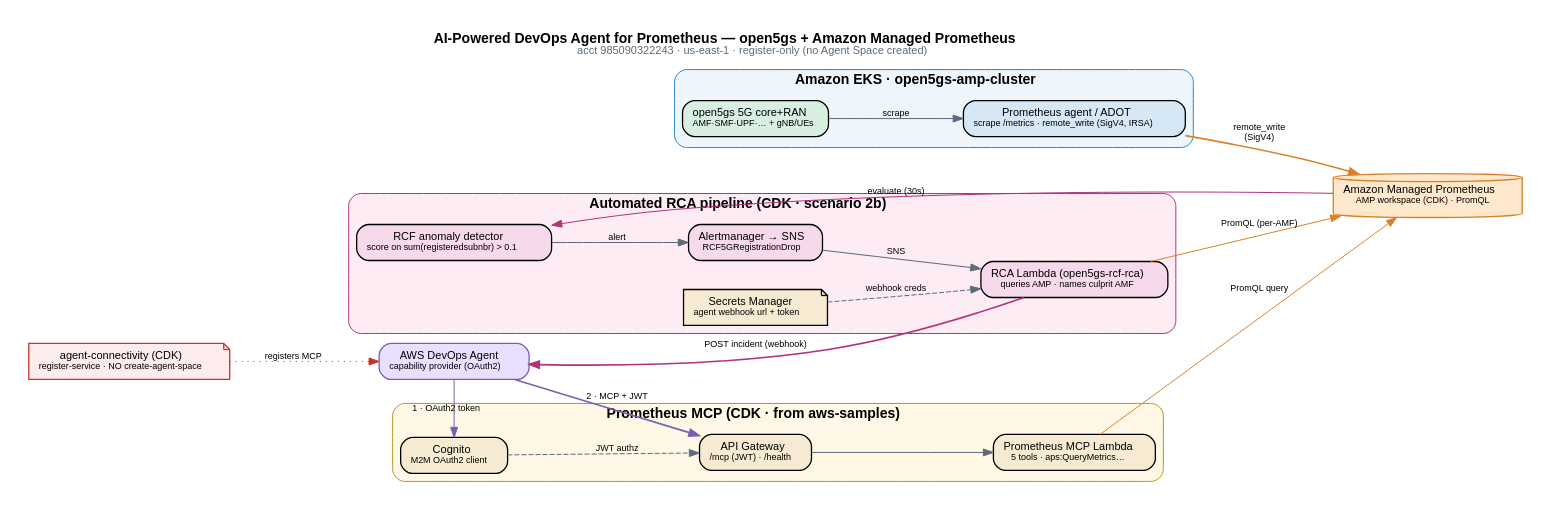
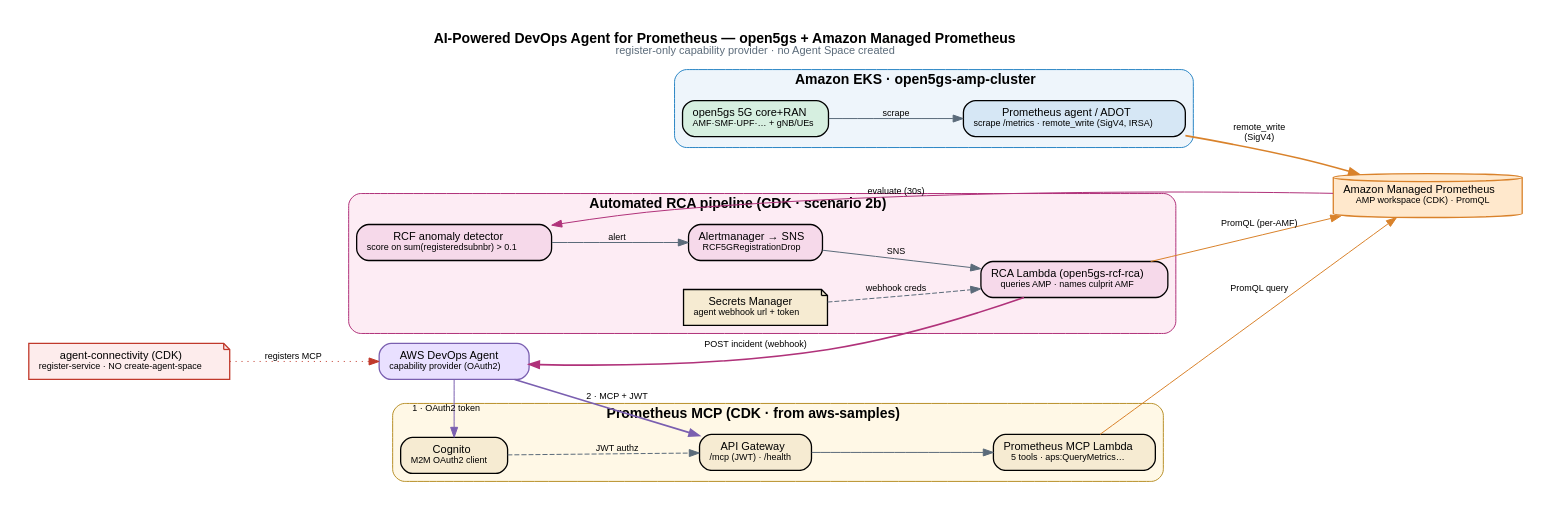
Before and after one commit to aws-solutions-library-samples/guidance-for-ai-powered-devops-agent-for-prometheus-anomaly-detection: the diagram in docs/diagrams/architecture.dot, drawn with Graphviz. The commit also changed 5 other files, not shown here.

First line of the commit message:
De-hardcode helm remote_write URL + diagram account ID

```diff
--- a/docs/diagrams/architecture.dot
+++ b/docs/diagrams/architecture.dot
@@ -1,45 +1,45 @@
 digraph amp {
   rankdir=LR; bgcolor="white"; pad=0.3; nodesep=0.4; ranksep=0.9;
-  graph [fontname="Helvetica", label=<<B>AI-Powered DevOps Agent for Prometheus — open5gs + Amazon Managed Prometheus</B><BR/><FONT POINT-SIZE="11" COLOR="#5b6b7a">acct 985090322243 · us-east-1 · register-only (no Agent Space created)</FONT>>, labelloc=t];
+  graph [fontname="Helvetica", label=<<B>AI-Powered DevOps Agent for Prometheus — open5gs + Amazon Managed Prometheus</B><BR/><FONT POINT-SIZE="11" COLOR="#5b6b7a">register-only capability provider · no Agent Space created</FONT>>, labelloc=t];
   node [fontname="Helvetica", fontsize=11, shape=box, style="rounded,filled", penwidth=1.3, margin="0.14,0.09"];
   edge [fontname="Helvetica", fontsize=9, color="#5b6b7a"];
 
   subgraph cluster_eks {
     label=<<B>Amazon EKS · open5gs-amp-cluster</B>>; style="rounded,filled"; fillcolor="#eef5fb"; color="#2b86c5";
     core [label=<open5gs 5G core+RAN<BR/><FONT POINT-SIZE="9">AMF·SMF·UPF·… + gNB/UEs</FONT>>, fillcolor="#d6efe0"];
     promagent [label=<Prometheus agent / ADOT<BR/><FONT POINT-SIZE="9">scrape /metrics · remote_write (SigV4, IRSA)</FONT>>, fillcolor="#d6e7f5"];
     core -> promagent [label="scrape"];
   }
 
   amp [label=<Amazon Managed Prometheus<BR/><FONT POINT-SIZE="9">AMP workspace (CDK) · PromQL</FONT>>, shape=cylinder, fillcolor="#ffe8cc", color="#d9822b"];
   promagent -> amp [label="remote_write\n(SigV4)", color="#d9822b", penwidth=1.6];
 
   subgraph cluster_mcp {
     label=<<B>Prometheus MCP (CDK · from aws-samples)</B>>; style="rounded,filled"; fillcolor="#fff8e6"; color="#b8902a";
     cog [label=<Cognito<BR/><FONT POINT-SIZE="9">M2M OAuth2 client</FONT>>, fillcolor="#f6ebd2"];
     apigw [label=<API Gateway<BR/><FONT POINT-SIZE="9">/mcp (JWT) · /health</FONT>>, fillcolor="#f6ebd2"];
     lam [label=<Prometheus MCP Lambda<BR/><FONT POINT-SIZE="9">5 tools · aps:QueryMetrics…</FONT>>, fillcolor="#f6ebd2"];
     apigw -> lam; cog -> apigw [style=dashed, label="JWT authz"];
   }
   lam -> amp [label="PromQL query", color="#d9822b"];
 
   agent [label=<AWS DevOps Agent<BR/><FONT POINT-SIZE="9">capability provider (OAuth2)</FONT>>, fillcolor="#e9e0ff", color="#7a5fb0"];
   agent -> cog [label="1 · OAuth2 token", color="#7a5fb0"];
   agent -> apigw [label="2 · MCP + JWT", color="#7a5fb0", penwidth=1.6];
 
   conncdk [label=<agent-connectivity (CDK)<BR/><FONT POINT-SIZE="9">register-service · NO create-agent-space</FONT>>, shape=note, fillcolor="#fdecec", color="#c0392b"];
   conncdk -> agent [style=dotted, label="registers MCP", color="#c0392b"];
 
   // ── Automated RCA pipeline (scenario 2b): RCF alert → SNS → RCA Lambda → DevOps Agent webhook ──
   subgraph cluster_rca {
     label=<<B>Automated RCA pipeline (CDK · scenario 2b)</B>>; style="rounded,filled"; fillcolor="#fdecf4"; color="#b0327a";
     rcf [label=<RCF anomaly detector<BR/><FONT POINT-SIZE="9">score on sum(registeredsubnbr) &gt; 0.1</FONT>>, fillcolor="#f6d9ea"];
     almgr [label=<Alertmanager → SNS<BR/><FONT POINT-SIZE="9">RCF5GRegistrationDrop</FONT>>, fillcolor="#f6d9ea"];
     rca [label=<RCA Lambda (open5gs-rcf-rca)<BR/><FONT POINT-SIZE="9">queries AMP · names culprit AMF</FONT>>, fillcolor="#f6d9ea"];
     sm [label=<Secrets Manager<BR/><FONT POINT-SIZE="9">agent webhook url + token</FONT>>, shape=note, fillcolor="#f6ebd2"];
     rcf -> almgr [label="alert"]; almgr -> rca [label="SNS"]; sm -> rca [style=dashed, label="webhook creds"];
   }
   amp -> rcf [label="evaluate (30s)", color="#b0327a"];
   rca -> amp [label="PromQL (per-AMF)", color="#d9822b"];
   rca -> agent [label="POST incident (webhook)", color="#b0327a", penwidth=1.6];
 }
```
